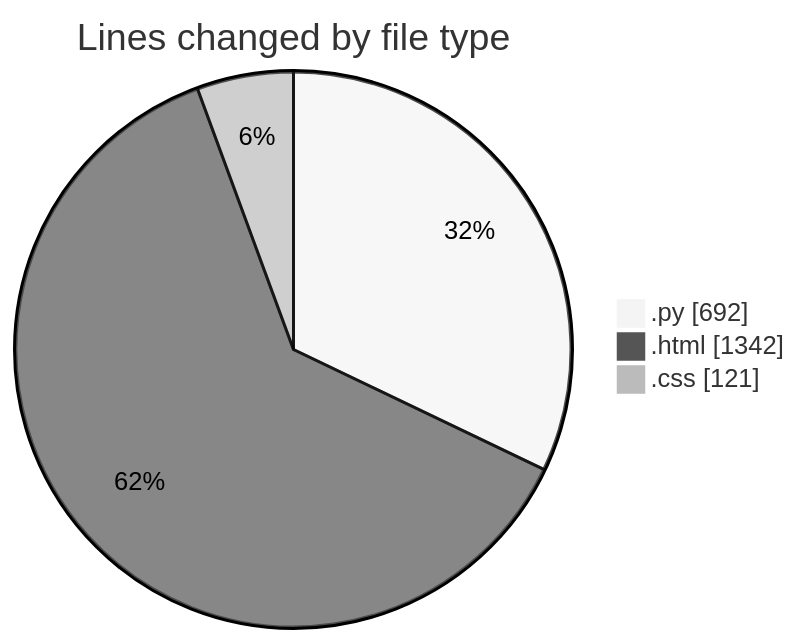
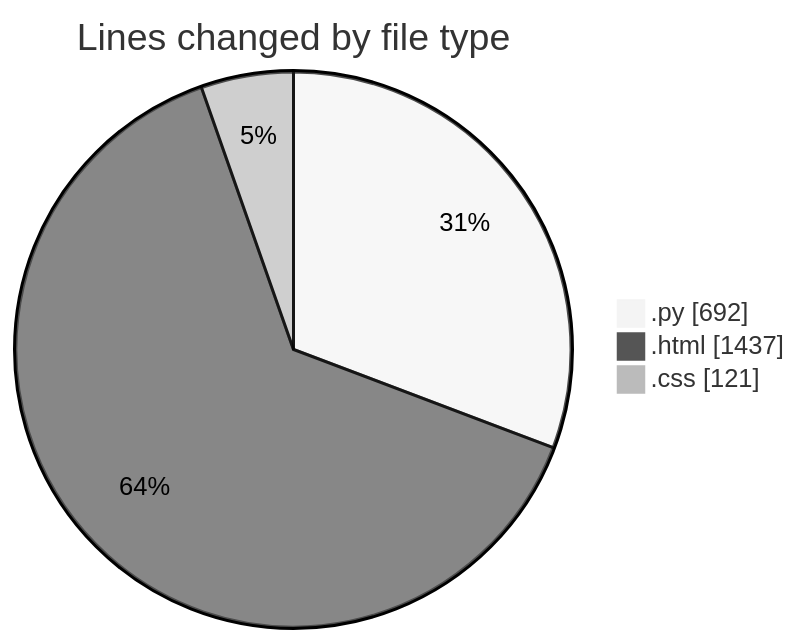
The first of 2 diagrams in 2025-01-31/flask/README.md (Elitesun/code-tracking), drawn with Mermaid (neutral theme) before and after one commit. The commit also changed other lines of this file and 1 other file, not shown here.

````diff
--- a/2025-01-31/flask/README.md
+++ b/2025-01-31/flask/README.md
@@ -25,7 +25,7 @@
 ```mermaid
 pie showData
 title Lines changed by file type
 ".py" : 692
-".html" : 1342
+".html" : 1437
 ".css" : 121
 ```
````
